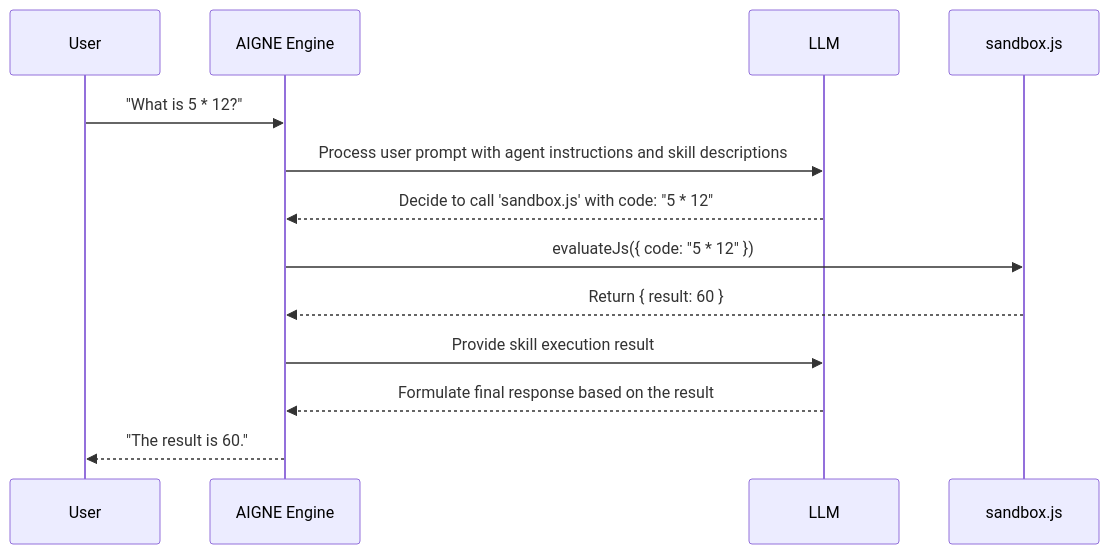
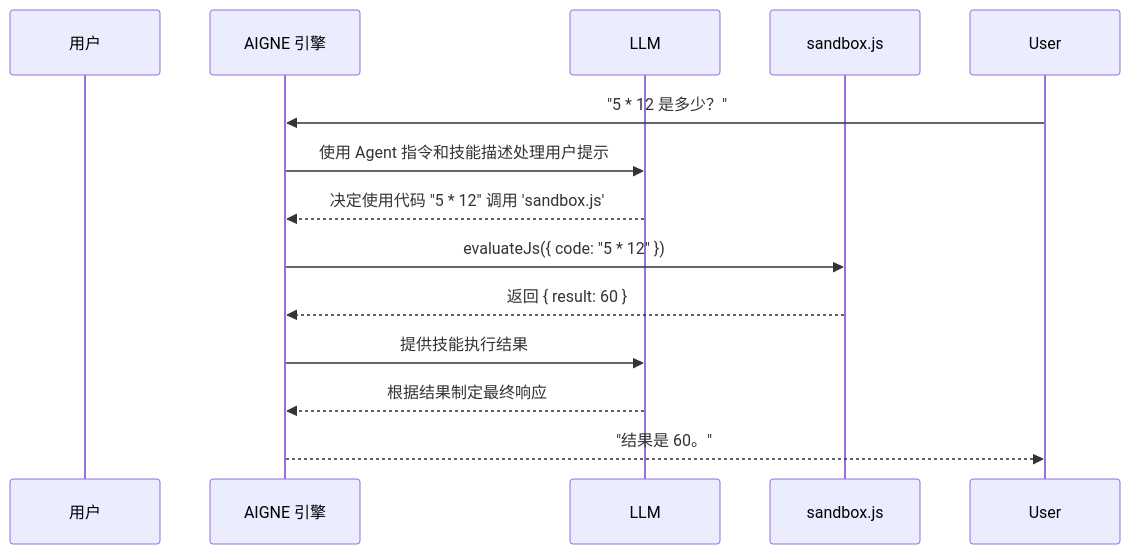
The second of 2 diagrams in packages/cli/docs/core-concepts-agents-and-skills.zh.md (AIGNE-io/aigne-framework), drawn with Mermaid before and after one commit. The commit also changed other lines of this file and 39 other files, not shown here.

````diff
--- a/packages/cli/docs/core-concepts-agents-and-skills.zh.md
+++ b/packages/cli/docs/core-concepts-agents-and-skills.zh.md
@@ -104,16 +116,16 @@
 ```mermaid
 sequenceDiagram
-    participant User
-    participant Agent as AIGNE Engine
+    participant 用户
+    participant Agent as AIGNE 引擎
     participant LLM
     participant Skill as sandbox.js
 
-    User->>Agent: "What is 5 * 12?"
-    Agent->>LLM: Process user prompt with agent instructions and skill descriptions
-    LLM-->>Agent: Decide to call 'sandbox.js' with code: "5 * 12"
+    User->>Agent: "5 * 12 是多少？"
+    Agent->>LLM: 使用 Agent 指令和技能描述处理用户提示
+    LLM-->>Agent: 决定使用代码 "5 * 12" 调用 'sandbox.js'
     Agent->>Skill: evaluateJs({ code: "5 * 12" })
-    Skill-->>Agent: Return { result: 60 }
-    Agent->>LLM: Provide skill execution result
-    LLM-->>Agent: Formulate final response based on the result
-    Agent-->>User: "The result is 60."
+    Skill-->>Agent: 返回 { result: 60 }
+    Agent->>LLM: 提供技能执行结果
+    LLM-->>Agent: 根据结果制定最终响应
+    Agent-->>User: "结果是 60。"
 ```
````
